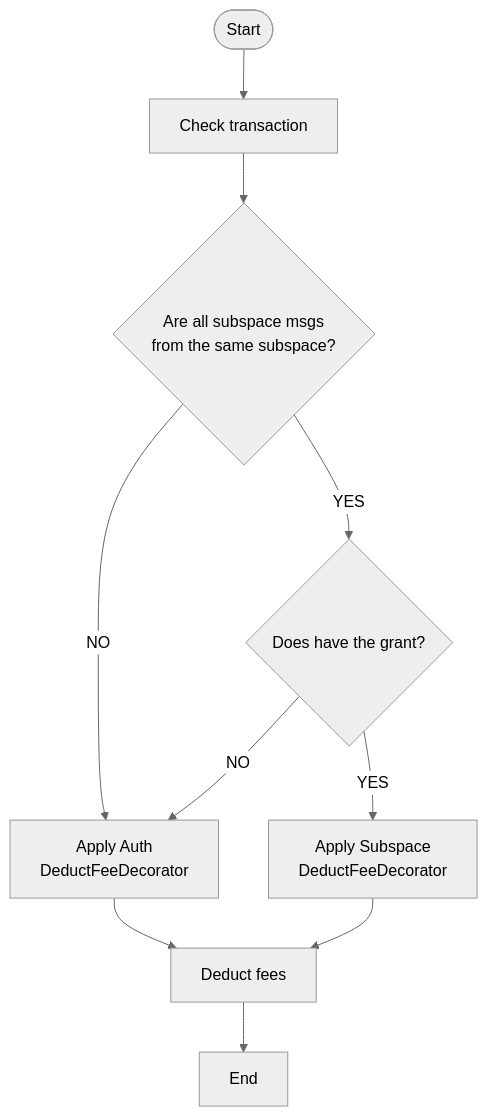
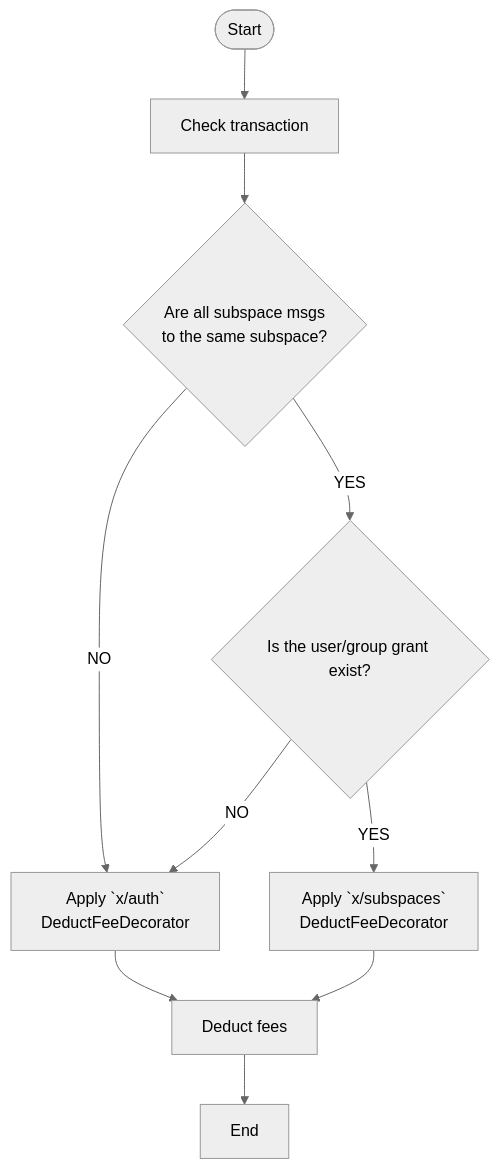
One commit to desmos-labs/desmos changed the third of 3 diagrams in docs/architecture/adr-017-subspace-fee-grant.md. Above: the diagram before and after it, drawn with Mermaid (neutral theme). The commit also changed other lines of this file, not shown here.

````diff
--- a/docs/architecture/adr-017-subspace-fee-grant.md
+++ b/docs/architecture/adr-017-subspace-fee-grant.md
@@ -83,12 +83,12 @@
 ```mermaid
 graph TD
   id1([Start]) --> id2[Check transaction]
-  id2 --> id3{Are all subspace msgs<br/ >from the same subspace?}
-  id3 -- YES --> id4{Does have the grant?}
-  id3 -- NO --> id5[Apply Auth<br />DeductFeeDecorator]
-  id4 -- YES --> id6[Apply Subspace<br />DeductFeeDecorator]
+  id2 --> id3{Are all subspace msgs<br/ >to the same subspace?}
+  id3 -- YES --> id4{Is the user/group grant exist?}
+  id3 -- NO --> id5[Apply `x/auth`<br />DeductFeeDecorator]
+  id4 -- YES --> id6[Apply `x/subspaces`<br />DeductFeeDecorator]
   id4 -- NO --> id5
   id5 --> id7[Deduct fees]
   id6 --> id7
   id7 --> id8[End]
 ```
````
